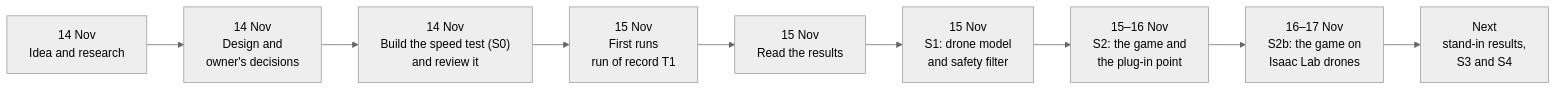
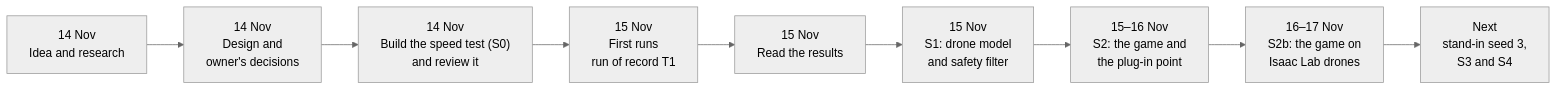
The diagram in svg_training/docs/WHAT_WE_DID.md (AI-DA-STC/AirStack-starling-max2), drawn with Mermaid (neutral theme) before and after one commit. The commit also changed other lines of this file and 5 other files, not shown here.

Commit message:
svg_training S2b: stand-in Isaac results (T14 INCOMPLETE) in S2B_RESULTS and status lines; HANDOFF 5a seed-3 commands for the 5090

````diff
--- a/svg_training/docs/WHAT_WE_DID.md
+++ b/svg_training/docs/WHAT_WE_DID.md
@@ -10,11 +10,11 @@
 ```mermaid
 flowchart LR
   A["14 Nov<br/>Idea and research"] --> B["14 Nov<br/>Design and<br/>owner's decisions"]
   B --> C["14 Nov<br/>Build the speed test (S0)<br/>and review it"]
   C --> D["15 Nov<br/>First runs<br/>run of record T1"]
   D --> E["15 Nov<br/>Read the results"]
   E --> F["15 Nov<br/>S1: drone model<br/>and safety filter"]
   F --> G["15–16 Nov<br/>S2: the game and<br/>the plug-in point"]
   G --> H["16–17 Nov<br/>S2b: the game on<br/>Isaac Lab drones"]
-  H --> I["Next<br/>stand-in results,<br/>S3 and S4"]
+  H --> I["Next<br/>stand-in seed 3,<br/>S3 and S4"]
 ```
````
